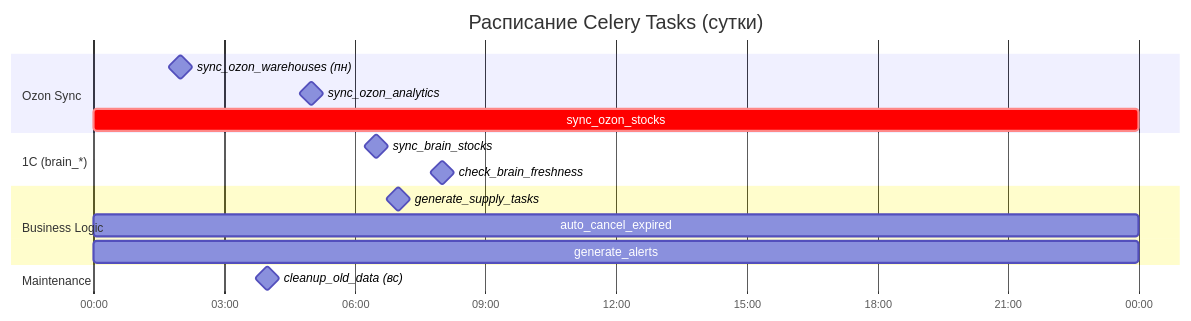
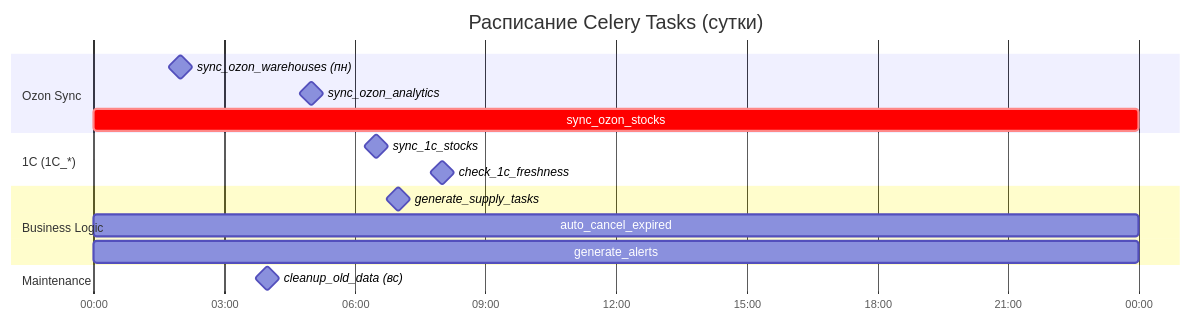
The second of 3 diagrams in logistic/adolf_logistic_8_celery.md (Sign25/Docs), drawn with Mermaid before and after one commit. The commit also changed other lines of this file, not shown here.

Commit message:
refactor(logistic): rename brain_* -> 1C_*, update A1 links to 1cexport

````diff
--- a/logistic/adolf_logistic_8_celery.md
+++ b/logistic/adolf_logistic_8_celery.md
@@ -702,23 +702,23 @@
 ```mermaid
 gantt
     title Расписание Celery Tasks (сутки)
     dateFormat HH:mm
     axisFormat %H:%M
     
     section Ozon Sync
     sync_ozon_warehouses (пн)  :milestone, 02:00, 0d
     sync_ozon_analytics        :milestone, 05:00, 0d
     sync_ozon_stocks           :crit, 00:00, 24h
     
-    section 1С (brain_*)
-    sync_brain_stocks          :milestone, 06:30, 0d
-    check_brain_freshness      :milestone, 08:00, 0d
+    section 1С (1C_*)
+    sync_1c_stocks          :milestone, 06:30, 0d
+    check_1c_freshness      :milestone, 08:00, 0d
     
     section Business Logic
     generate_supply_tasks      :milestone, 07:00, 0d
     auto_cancel_expired        :00:00, 24h
     generate_alerts            :00:00, 24h
     
     section Maintenance
     cleanup_old_data (вс)      :milestone, 04:00, 0d
 ```
````
